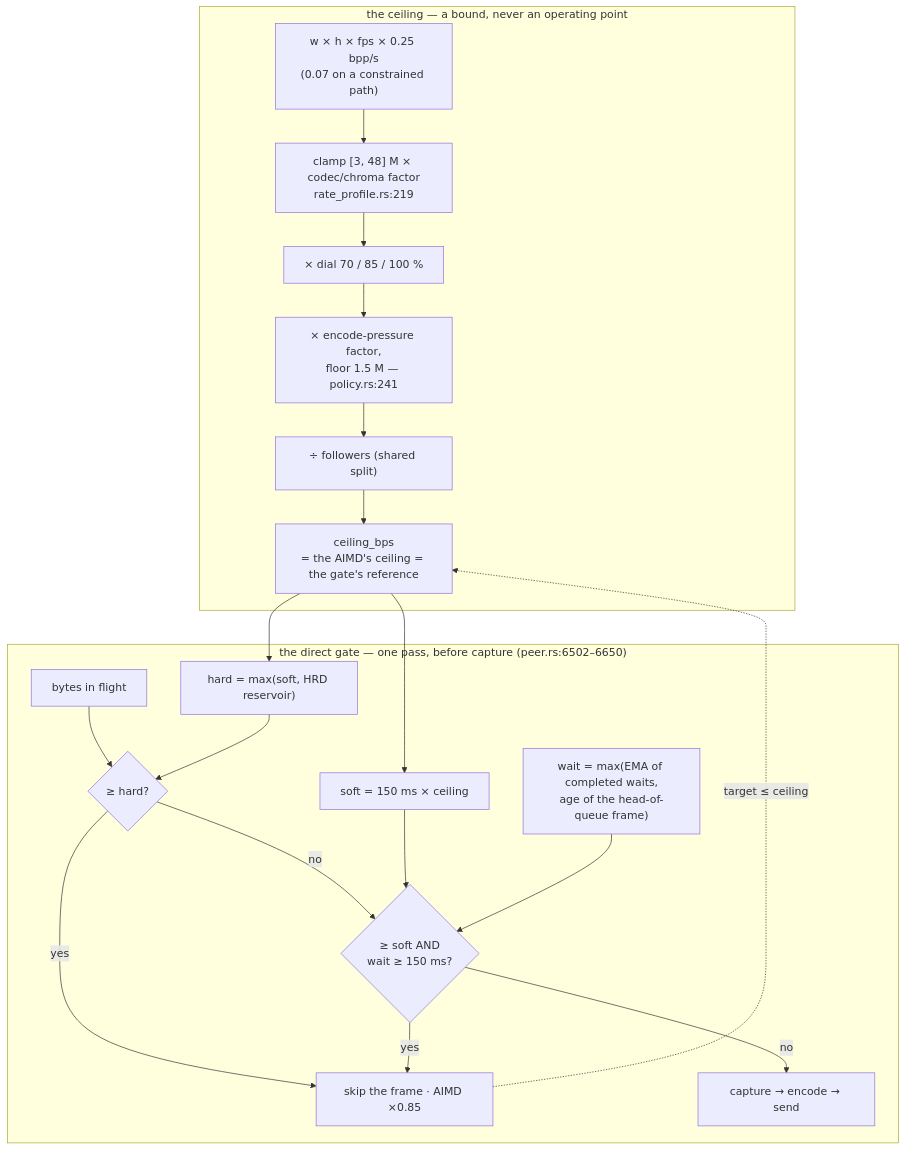
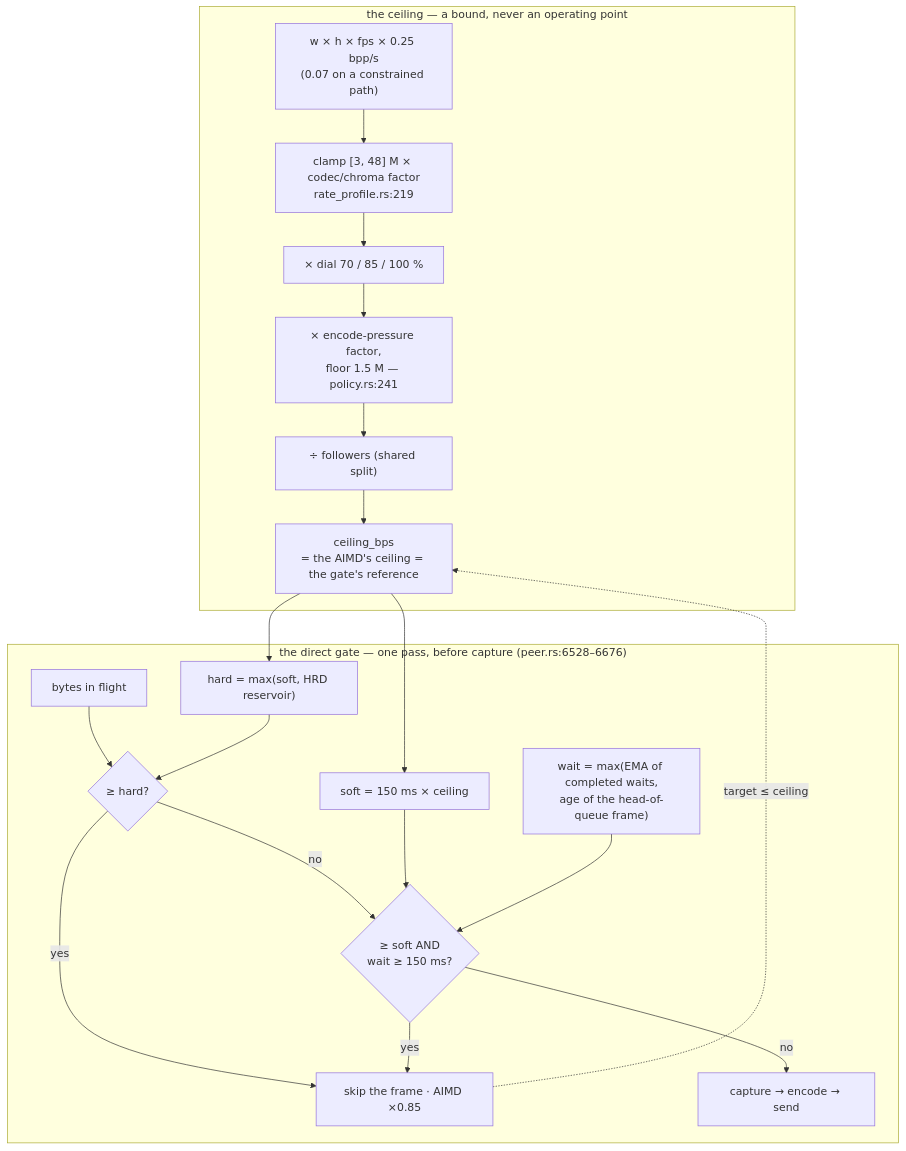
The fifth of 10 diagrams in docs/rate-control.md (gjovanov/roomler-ai), drawn with Mermaid before and after one commit. The commit also changed other lines of this file and 23 other files, not shown here.

````diff
--- a/docs/rate-control.md
+++ b/docs/rate-control.md
@@ -755,24 +755,24 @@
 ```mermaid
 flowchart TB
     subgraph ceiling["the ceiling — a bound, never an operating point"]
         G["w × h × fps × 0.25 bpp/s<br/>(0.07 on a constrained path)"] --> C["clamp [3, 48] M × codec/chroma factor<br/>rate_profile.rs:219"]
         C --> D["× dial 70 / 85 / 100 %"]
         D --> E["× encode-pressure factor,<br/>floor 1.5 M — policy.rs:241"]
         E --> S["÷ followers (shared split)"]
         S --> CEIL["ceiling_bps<br/>= the AIMD's ceiling = the gate's reference"]
     end
-    subgraph gate["the direct gate — one pass, before capture (peer.rs:6502–6650)"]
+    subgraph gate["the direct gate — one pass, before capture (peer.rs:6528–6676)"]
         CEIL --> SOFT["soft = 150 ms × ceiling"]
         CEIL --> HARD["hard = max(soft, HRD reservoir)"]
         W["wait = max(EMA of completed waits,<br/>age of the head-of-queue frame)"]
         Q["bytes in flight"] --> H{"≥ hard?"}
         HARD --> H
         H -- yes --> TRIP["skip the frame · AIMD ×0.85"]
         H -- no --> SQ{"≥ soft AND<br/>wait ≥ 150 ms?"}
         SOFT --> SQ
         W --> SQ
         SQ -- yes --> TRIP
         SQ -- no --> PASS["capture → encode → send"]
     end
     TRIP -.->|"target ≤ ceiling"| CEIL
 ```
````
